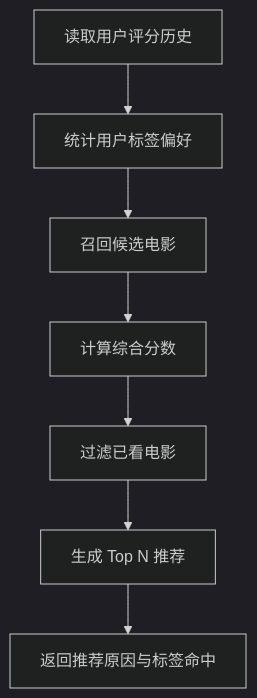
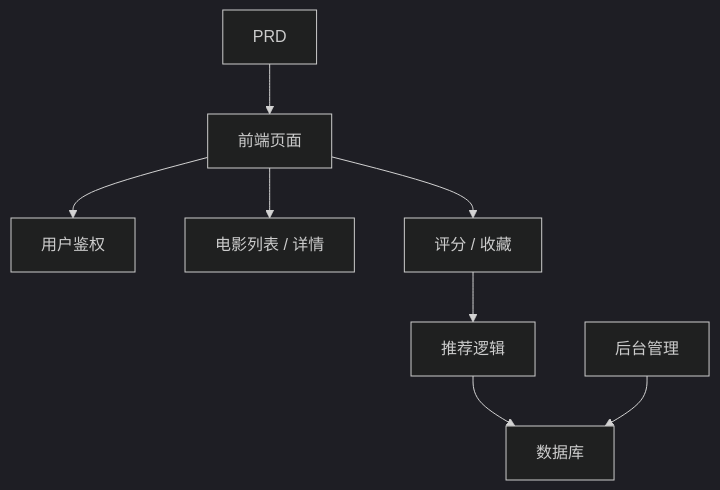
The diagram in docs/zh-cn/stage-2/assignments/movie-recommendation-springboot/index.md (sketchymonk/easy-vibe), drawn with Mermaid (dark theme) before and after one commit. The commit also changed other lines of this file and 18 other files, not shown here.

````diff
--- a/docs/zh-cn/stage-2/assignments/movie-recommendation-springboot/index.md
+++ b/docs/zh-cn/stage-2/assignments/movie-recommendation-springboot/index.md
@@ -219,9 +67,10 @@
 ```mermaid
 flowchart TD
-  A["读取用户评分历史"] --> B["统计用户标签偏好"]
-  B --> C["召回候选电影"]
-  C --> D["计算综合分数"]
-  D --> E["过滤已看电影"]
-  E --> F["生成 Top N 推荐"]
-  F --> G["返回推荐原因与标签命中"]
+  prd["PRD"] --> web["前端页面"]
+  web --> auth["用户鉴权"]
+  web --> movie["电影列表 / 详情"]
+  web --> behavior["评分 / 收藏"]
+  behavior --> reco["推荐逻辑"]
+  reco --> db["数据库"]
+  admin["后台管理"] --> db
 ```
````
